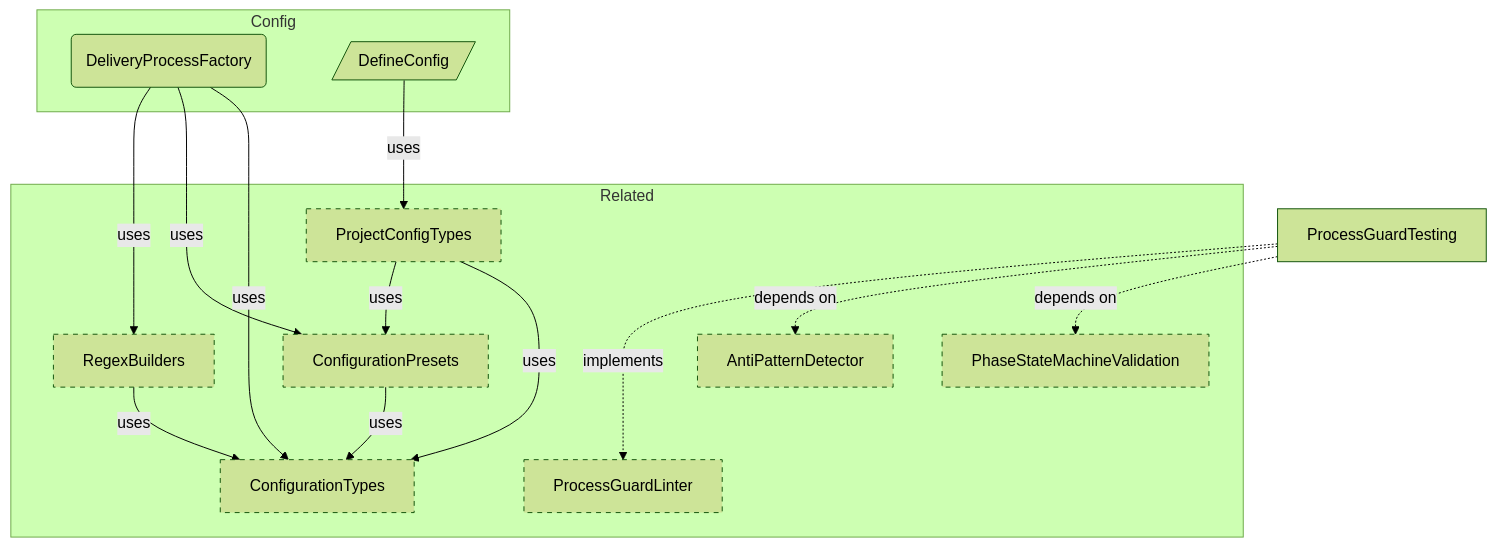
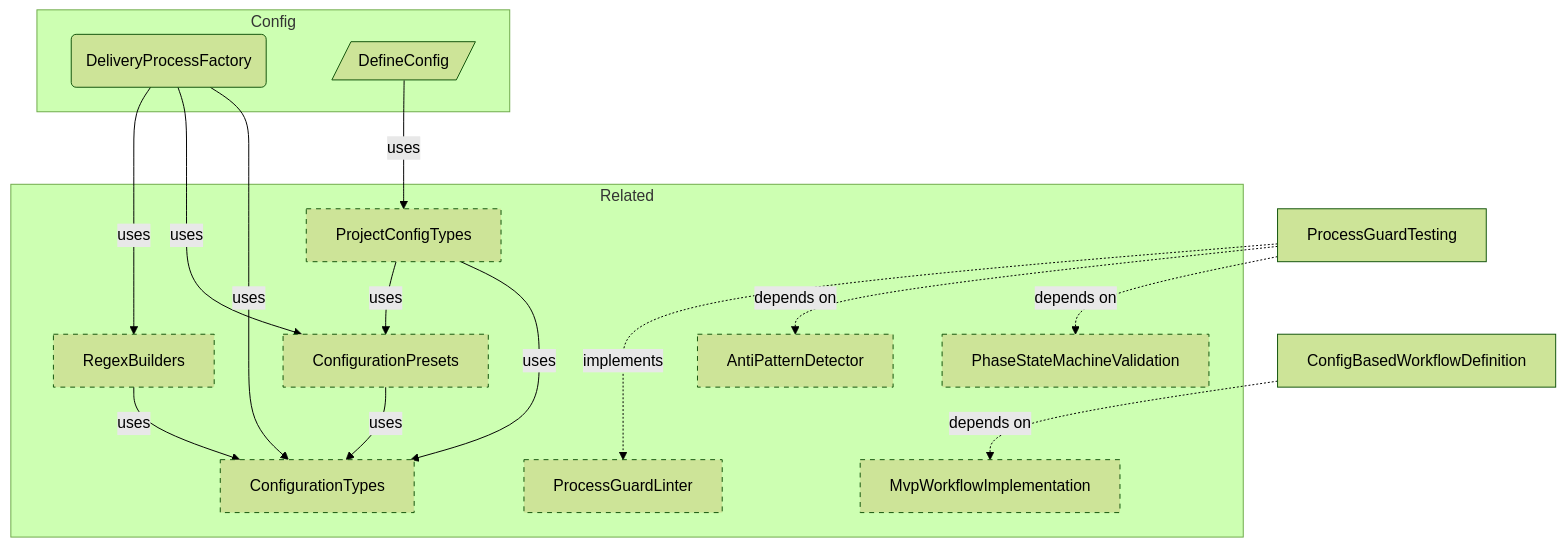
The first of 6 diagrams in docs-generated/docs/REFERENCE-SAMPLE.md (libar-dev/architect), drawn with Mermaid (forest theme) before and after one commit. The commit also changed other lines of this file and 35 other files, not shown here.

Commit message:
Prepare configuration based workflow for implementation

````diff
--- a/docs-generated/docs/REFERENCE-SAMPLE.md
+++ b/docs-generated/docs/REFERENCE-SAMPLE.md
@@ -117,29 +117,32 @@
 ```mermaid
 graph TB
     subgraph config["Config"]
         DeliveryProcessFactory("DeliveryProcessFactory")
         DefineConfig[/"DefineConfig"/]
     end
+    ConfigBasedWorkflowDefinition["ConfigBasedWorkflowDefinition"]
     ProcessGuardTesting["ProcessGuardTesting"]
     subgraph related["Related"]
         AntiPatternDetector["AntiPatternDetector"]:::neighbor
         ConfigurationTypes["ConfigurationTypes"]:::neighbor
         RegexBuilders["RegexBuilders"]:::neighbor
         ProjectConfigTypes["ProjectConfigTypes"]:::neighbor
         ConfigurationPresets["ConfigurationPresets"]:::neighbor
         ProcessGuardLinter["ProcessGuardLinter"]:::neighbor
         PhaseStateMachineValidation["PhaseStateMachineValidation"]:::neighbor
+        MvpWorkflowImplementation["MvpWorkflowImplementation"]:::neighbor
     end
     DeliveryProcessFactory -->|uses| ConfigurationTypes
     DeliveryProcessFactory -->|uses| ConfigurationPresets
     DeliveryProcessFactory -->|uses| RegexBuilders
     DefineConfig -->|uses| ProjectConfigTypes
+    ConfigBasedWorkflowDefinition -.->|depends on| MvpWorkflowImplementation
     ProcessGuardTesting -.->|depends on| PhaseStateMachineValidation
     ProcessGuardTesting -.->|depends on| AntiPatternDetector
     ProcessGuardTesting ..->|implements| ProcessGuardLinter
     RegexBuilders -->|uses| ConfigurationTypes
     ProjectConfigTypes -->|uses| ConfigurationTypes
     ProjectConfigTypes -->|uses| ConfigurationPresets
     ConfigurationPresets -->|uses| ConfigurationTypes
     classDef neighbor stroke-dasharray: 5 5
 ```
````
